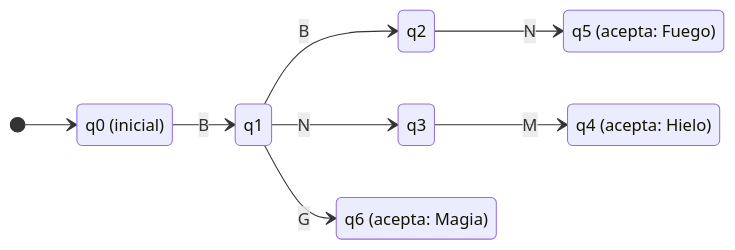
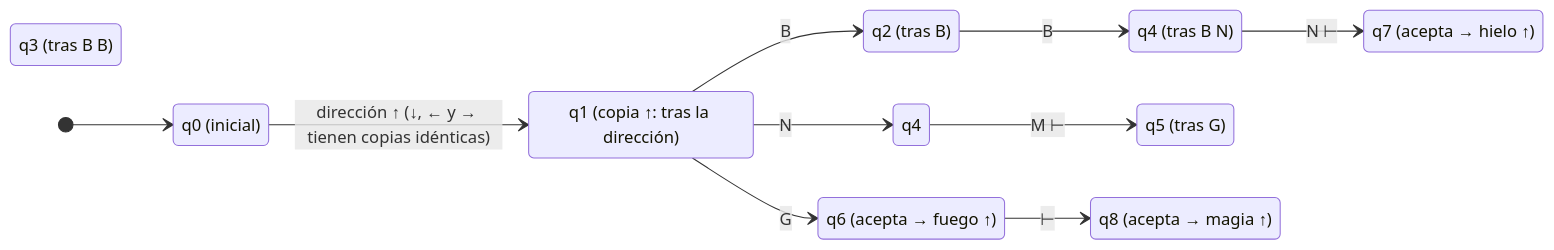
Before and after one commit to JP-Danix/Proyecto_lenguajes: the fifth of 5 diagrams in README.md, drawn with Mermaid. The commit also changed other lines of this file and 59 other files, not shown here.

````diff
--- a/README.md
+++ b/README.md
@@ -433,21 +469,27 @@
 ```mermaid
 stateDiagram-v2
     direction LR
 
     state "q0 (inicial)" as q0
-    state "q1" as q1
-    state "q2" as q2
-    state "q3" as q3
-    state "q4 (acepta: Hielo)" as q4
-    state "q5 (acepta: Fuego)" as q5
-    state "q6 (acepta: Magia)" as q6
+    state "q1 (copia ↑: tras la dirección)" as q1
+    state "q2 (tras B)" as q2
+    state "q3 (tras B B)" as qF
+    state "q4 (tras B N)" as q3
+    state "q5 (tras G)" as q7
+    state "q6 (acepta → fuego ↑)" as q5
+    state "q7 (acepta → hielo ↑)" as q6
+    state "q8 (acepta → magia ↑)" as q8
 
     [*] --> q0
 
-    q0 --> q1 : B
+    q0 --> q1 : dirección ↑ (↓, ← y → tienen copias idénticas)
+
     q1 --> q2 : B
-    q2 --> q5 : N
-    q1 --> q3 : N
-    q3 --> q4 : M
-    q1 --> q6 : G
+    q2 --> q3 : B
+    q1 --> q4 : N
+    q1 --> q5 : G
+
+    q3 --> q6 : N ⊢
+    q4 --> q7 : M ⊢
+    q5 --> q8 : ⊢
 ```
````
